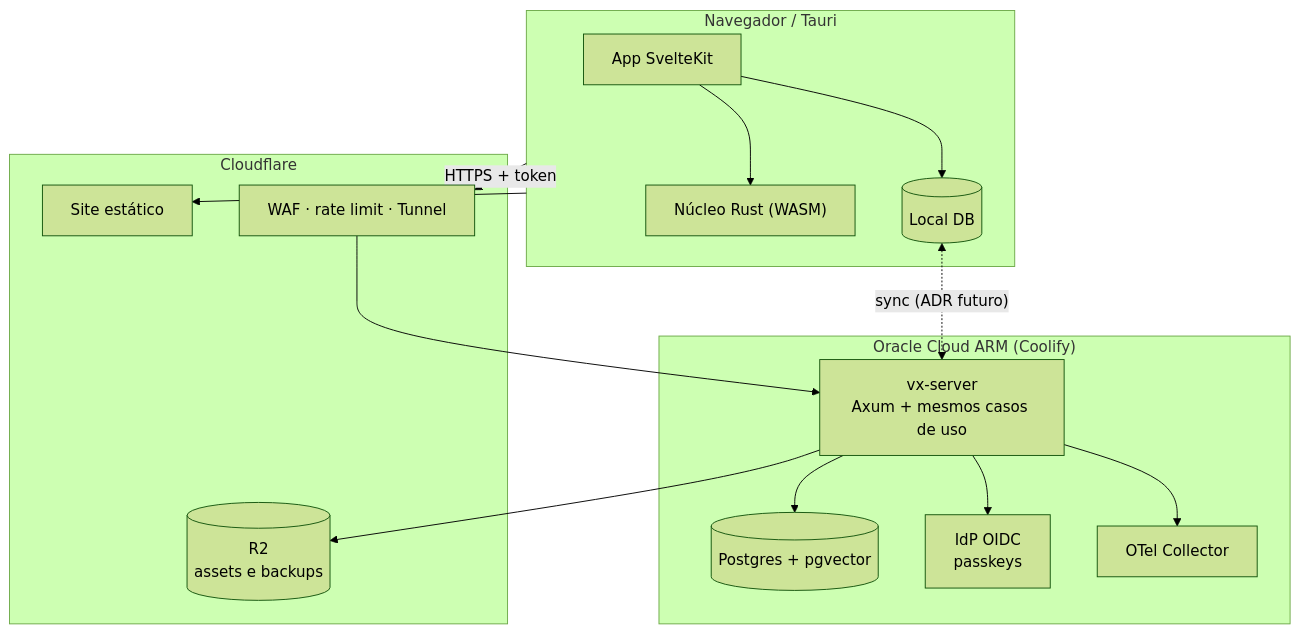
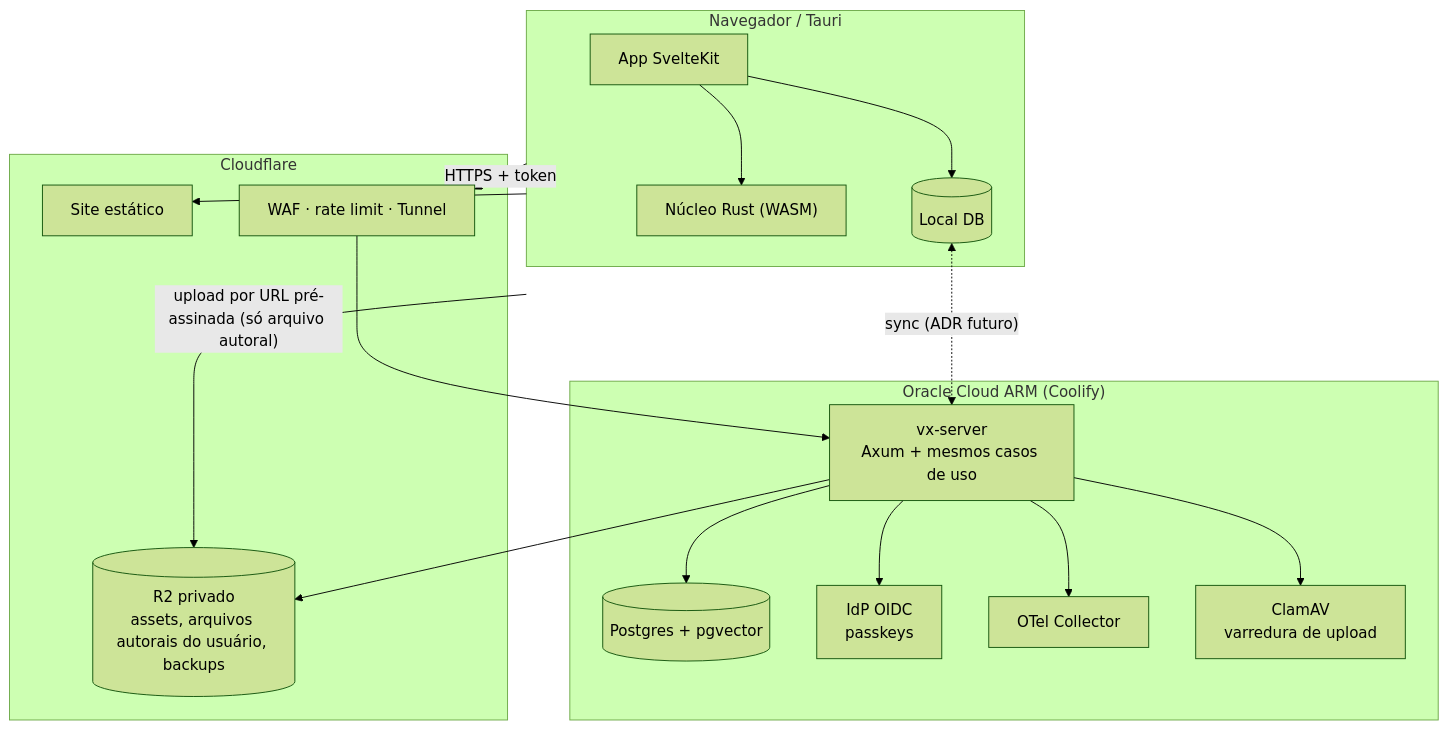
The third of 5 diagrams in docs/03-arquitetura/visao-geral.md (CauaDecoder/bad-at-calculus), drawn with Mermaid (forest theme) before and after one commit. The commit also changed other lines of this file and 49 other files, not shown here.

````diff
--- a/docs/03-arquitetura/visao-geral.md
+++ b/docs/03-arquitetura/visao-geral.md
@@ -56,25 +64,28 @@
 ```mermaid
 flowchart TB
     subgraph Client["Navegador / Tauri"]
         UI["App SvelteKit"] --> CORE["Núcleo Rust (WASM)"]
         UI --> LDB[("Local DB")]
     end
     subgraph Edge["Cloudflare"]
         PAGES["Site estático"]
         WAF["WAF · rate limit · Tunnel"]
-        R2[("R2<br/>assets e backups")]
+        R2[("R2 privado<br/>assets, arquivos autorais do usuário, backups")]
     end
     subgraph Oracle["Oracle Cloud ARM (Coolify)"]
         API["vx-server<br/>Axum + mesmos casos de uso"]
         PG[("Postgres + pgvector")]
         IDP["IdP OIDC<br/>passkeys"]
         OTEL["OTel Collector"]
+        AV["ClamAV<br/>varredura de upload"]
         API --> PG
         API --> IDP
         API --> OTEL
+        API --> AV
     end
     Client --> PAGES
     Client -- "HTTPS + token" --> WAF --> API
     API --> R2
+    Client -- "upload por URL pré-assinada (só arquivo autoral)" --> R2
     LDB <-. "sync (ADR futuro)" .-> API
 ```
````
